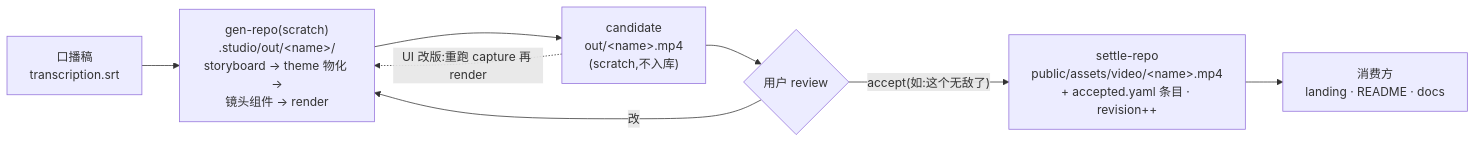
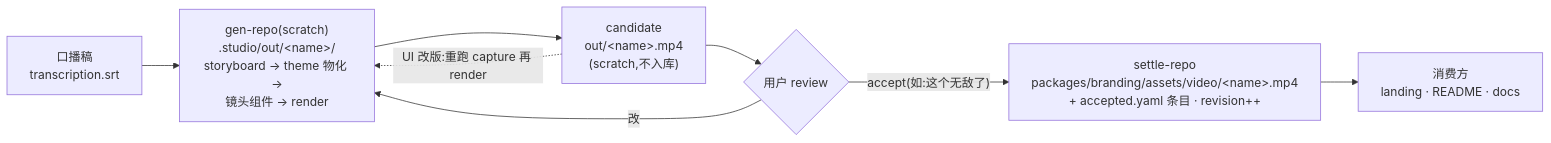
The second of 2 diagrams in docs/design/brand-studio.md (Sma1lboy/rove), drawn with Mermaid before and after one commit. The commit also changed other lines of this file and 30 other files, not shown here.

First line of the commit message:
chore: brand data moves into packages/branding

````diff
--- a/docs/design/brand-studio.md
+++ b/docs/design/brand-studio.md
@@ -61,14 +61,14 @@
 ```mermaid
 flowchart LR
   srt["口播稿<br/>transcription.srt"]
   gen["gen-repo(scratch)<br/>.studio/out/&lt;name&gt;/<br/>storyboard → theme 物化 →<br/>镜头组件 → render"]
   cand["candidate<br/>out/&lt;name&gt;.mp4<br/>(scratch,不入库)"]
   gate{"用户 review"}
-  settle["settle-repo<br/>public/assets/video/&lt;name&gt;.mp4<br/>+ accepted.yaml 条目 · revision++"]
+  settle["settle-repo<br/>packages/branding/assets/video/&lt;name&gt;.mp4<br/>+ accepted.yaml 条目 · revision++"]
   consume["消费方<br/>landing · README · docs"]
 
   srt --> gen --> cand --> gate
   gate -->|"accept(如:这个无敌了)"| settle --> consume
   gate -->|"改"| gen
   cand -.->|"UI 改版:重跑 capture 再 render"| gen
 ```
````
